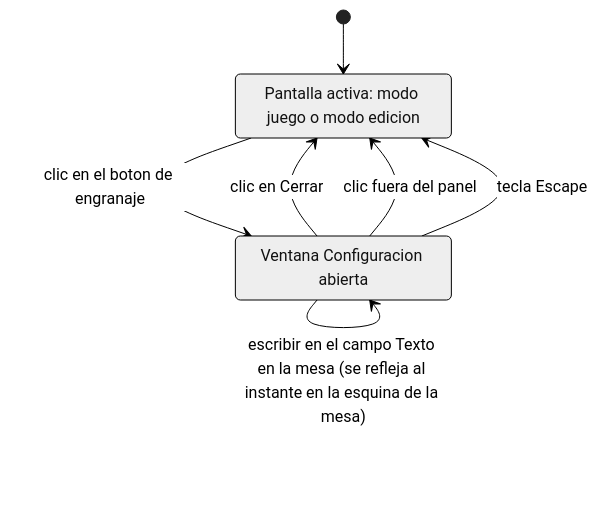
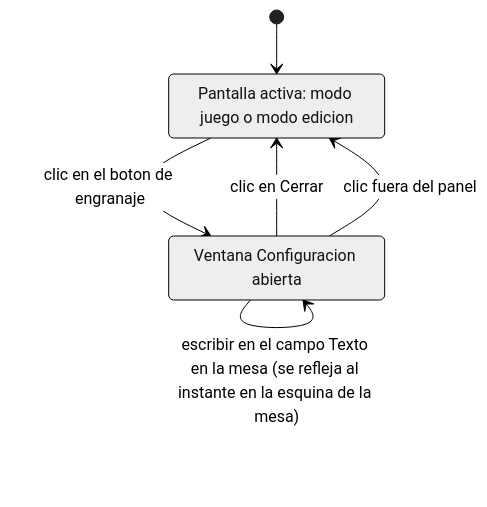
One commit to yeyopepe/bgfactory changed the first of 2 diagrams in previo-sdd/design/docs/features/038-aplicacion-multi-idioma-y-panel-de-configuracion.md. Above: the diagram before and after it, drawn with Mermaid (neutral theme). The commit also changed other lines of this file and 55 other files, not shown here.

````diff
--- a/previo-sdd/design/docs/features/038-aplicacion-multi-idioma-y-panel-de-configuracion.md
+++ b/previo-sdd/design/docs/features/038-aplicacion-multi-idioma-y-panel-de-configuracion.md
@@ -17,14 +17,13 @@
 ```mermaid
 stateDiagram-v2
     [*] --> PantallaActiva
 
     state "Pantalla activa: modo juego o modo edicion" as PantallaActiva
     state "Ventana Configuracion abierta" as PanelConfig
 
     PantallaActiva --> PanelConfig : clic en el boton de engranaje
     PanelConfig --> PantallaActiva : clic en Cerrar
     PanelConfig --> PantallaActiva : clic fuera del panel
-    PanelConfig --> PantallaActiva : tecla Escape
     PanelConfig --> PanelConfig : cambiar el idioma en el selector
     PanelConfig --> PanelConfig : escribir en el campo Texto en la mesa (se refleja al instante en la esquina de la mesa)
 ```
````
